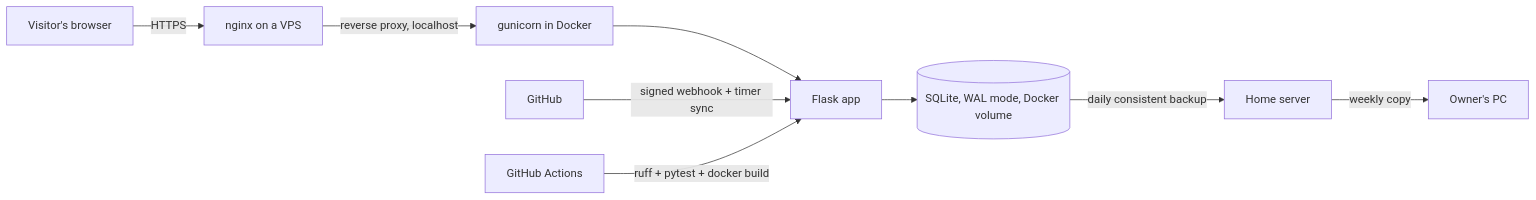
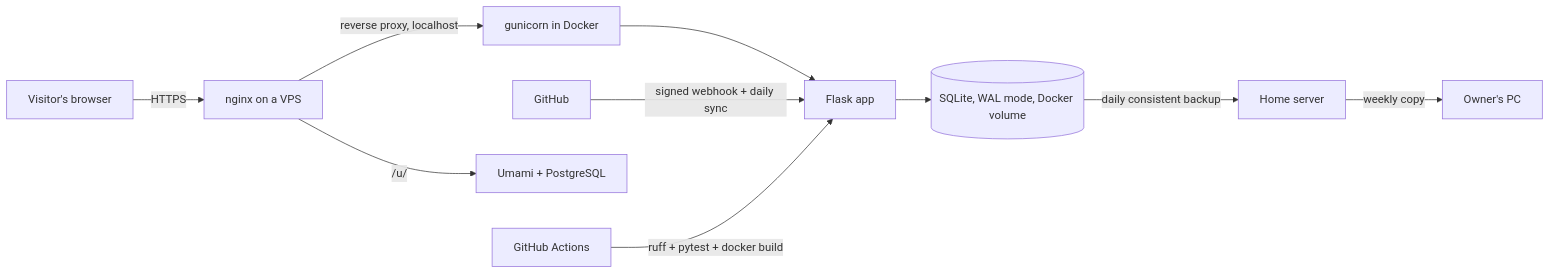
One commit to Itegin/pygodevops-guide-showcase changed the diagram in README.md. Above: the diagram before and after it, drawn with Mermaid. The commit also changed other lines of this file and 1 other file, not shown here.

Commit message:
Showcase: site on itegin.com, daily GitHub sync with an admin button, Umami analytics, IT-Deck keys

````diff
--- a/README.md
+++ b/README.md
@@ -51,11 +53,12 @@
 ```mermaid
 flowchart LR
     U[Visitor's browser] -->|HTTPS| N[nginx on a VPS]
     N -->|reverse proxy, localhost| G[gunicorn in Docker]
     G --> F[Flask app]
     F --> DB[(SQLite, WAL mode, Docker volume)]
-    GH[GitHub] -->|signed webhook + timer sync| F
+    GH[GitHub] -->|signed webhook + daily sync| F
     DB -->|daily consistent backup| H[Home server]
     H -->|weekly copy| P[Owner's PC]
+    N -->|/u/| UM[Umami + PostgreSQL]
     CI[GitHub Actions] -->|ruff + pytest + docker build| F
 ```
````
